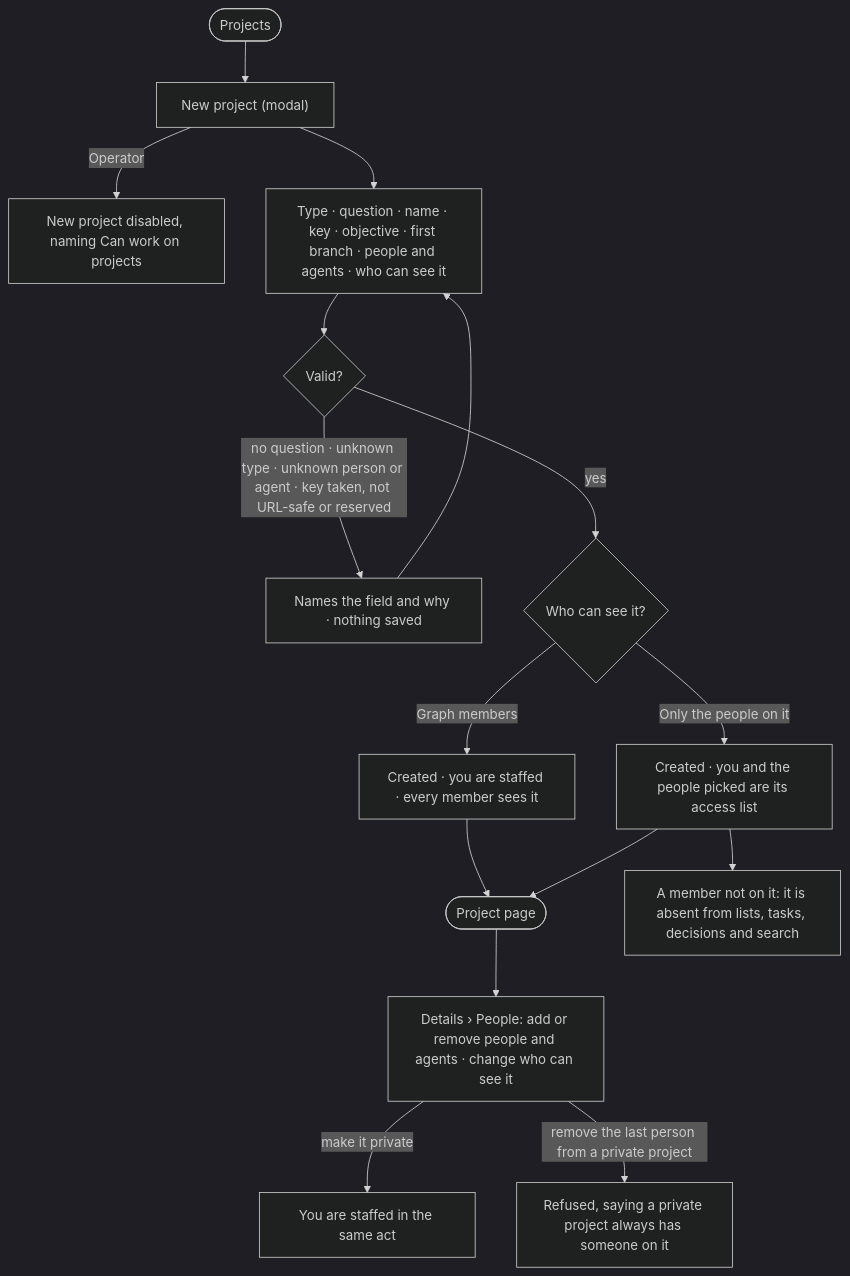
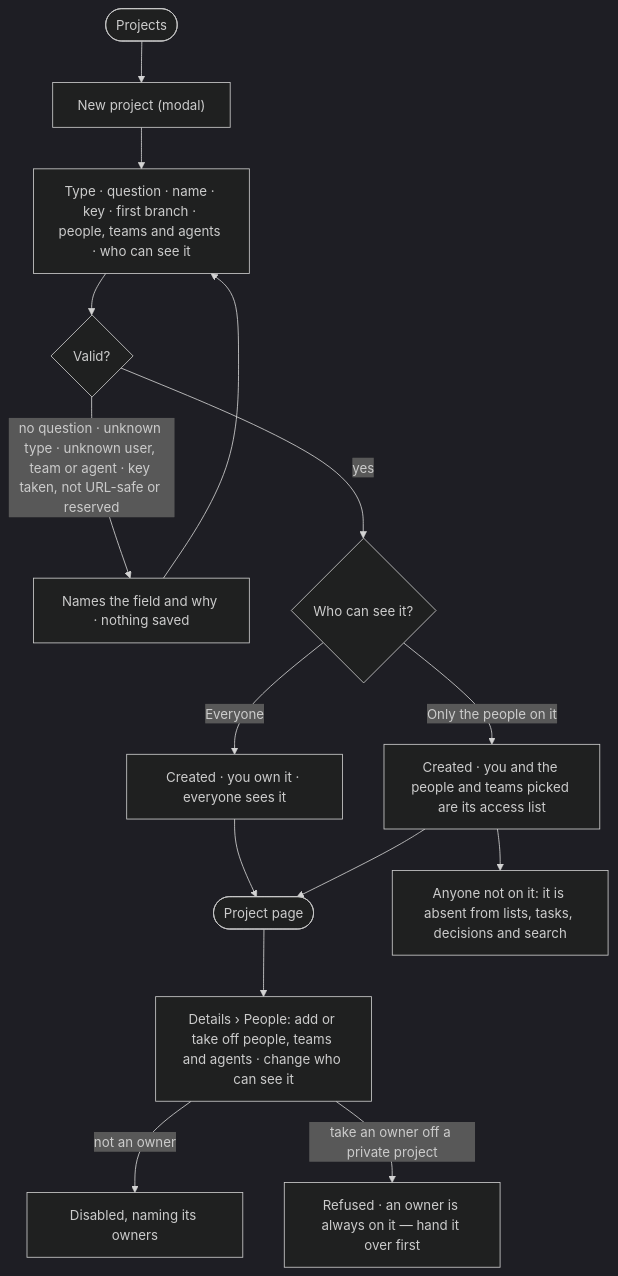
One commit to invana/invana changed the diagram in specs/capabilities/projects/features/PJ-F01-projects-and-tasks/stories/PJ-02-start-a-project-and-say-who-can-see-it/story.md. Above: the diagram before and after it, drawn with Mermaid (dark theme). The commit also changed other lines of this file and 522 other files, not shown here.

First line of the commit message:
feat(specs): specs-planes — Access, Control, Agents, Evidence and Ontology planes

````diff
--- a/specs/capabilities/projects/features/PJ-F01-projects-and-tasks/stories/PJ-02-start-a-project-and-say-who-can-see-it/story.md
+++ b/specs/capabilities/projects/features/PJ-F01-projects-and-tasks/stories/PJ-02-start-a-project-and-say-who-can-see-it/story.md
@@ -27,17 +30,16 @@
 ```mermaid
 flowchart TD
   s([Projects]) --> n["New project (modal)"]
-  n -->|Operator| na["New project disabled, naming Can work on projects"]
-  n --> f["Type · question · name · key · objective · first branch · people and agents · who can see it"]
+  n --> f["Type · question · name · key · first branch · people, teams and agents · who can see it"]
   f --> v{"Valid?"}
-  v -->|no question · unknown type · unknown person or agent · key taken, not URL-safe or reserved| ref["Names the field and why · nothing saved"] --> f
+  v -->|no question · unknown type · unknown user, team or agent · key taken, not URL-safe or reserved| ref["Names the field and why · nothing saved"] --> f
   v -->|yes| vis{"Who can see it?"}
-  vis -->|Graph members| g["Created · you are staffed · every member sees it"]
-  vis -->|Only the people on it| p["Created · you and the people picked are its access list"]
+  vis -->|Everyone| g["Created · you own it · everyone sees it"]
+  vis -->|Only the people on it| p["Created · you and the people and teams picked are its access list"]
   g --> pg(["Project page"])
   p --> pg
-  pg --> chg["Details › People: add or remove people and agents · change who can see it"]
-  chg -->|make it private| mp["You are staffed in the same act"]
-  chg -->|remove the last person from a private project| rl["Refused, saying a private project always has someone on it"]
-  p --> hid["A member not on it: it is absent from lists, tasks, decisions and search"]
+  pg --> chg["Details › People: add or take off people, teams and agents · change who can see it"]
+  chg -->|not an owner| no["Disabled, naming its owners"]
+  chg -->|take an owner off a private project| rl["Refused · an owner is always on it — hand it over first"]
+  p --> hid["Anyone not on it: it is absent from lists, tasks, decisions and search"]
 ```
````
